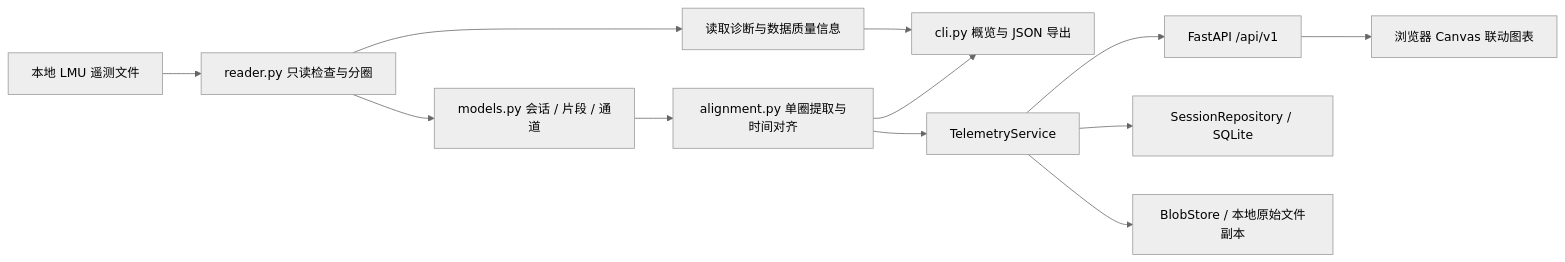
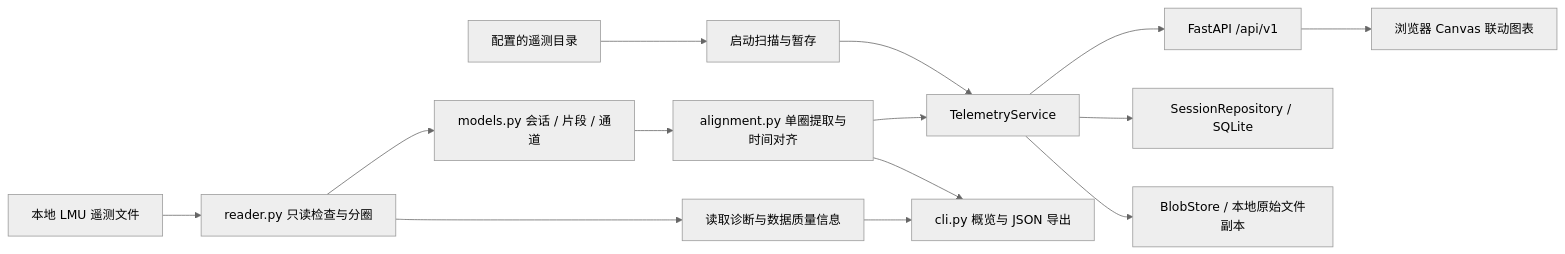
Before and after one commit to Saturday-365/LMU_Data_Analysis: the diagram in docs/architecture.md, drawn with Mermaid (neutral theme). The commit also changed other lines of this file and 19 other files, not shown here.

````diff
--- a/docs/architecture.md
+++ b/docs/architecture.md
@@ -5,14 +5,16 @@
 ```mermaid
 flowchart LR
     A[本地 LMU 遥测文件] --> B[reader.py 只读检查与分圈]
+    L[配置的遥测目录] --> J[启动扫描与暂存]
+    J --> S
     B --> C[models.py 会话 / 片段 / 通道]
     C --> D[alignment.py 单圈提取与时间对齐]
     D --> E[cli.py 概览与 JSON 导出]
     D --> S[TelemetryService]
     S --> API[FastAPI /api/v1]
     API --> G[浏览器 Canvas 联动图表]
     S --> DB[SessionRepository / SQLite]
     S --> Blob[BlobStore / 本地原始文件副本]
     B --> F[读取诊断与数据质量信息]
     F --> E
 ```
````
